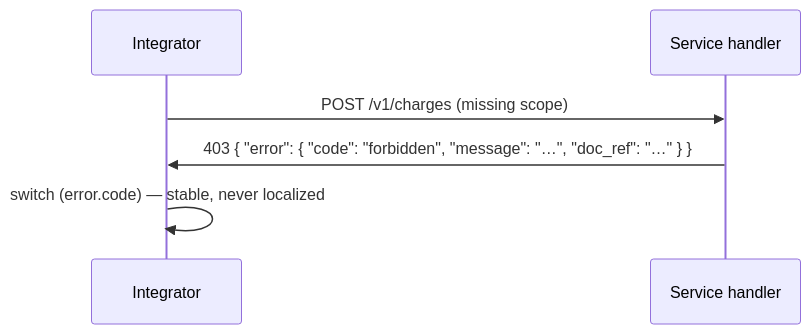
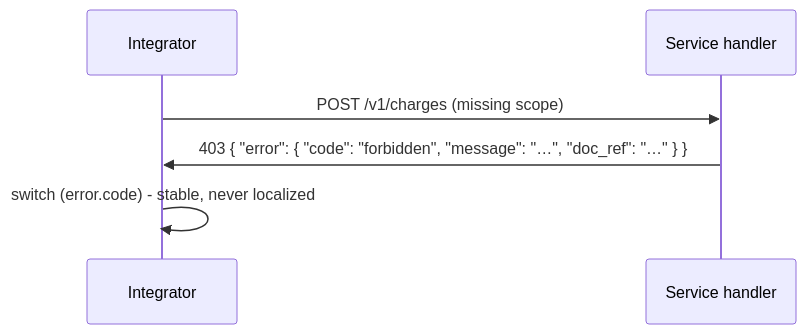
One commit to commerce8/bill8-sdk changed the third of 5 diagrams in crates/wire/contracts/DESIGN.md. Above: the diagram before and after it, drawn with Mermaid. The commit also changed other lines of this file and 37 other files, not shown here.

````diff
--- a/crates/wire/contracts/DESIGN.md
+++ b/crates/wire/contracts/DESIGN.md
@@ -69,8 +69,8 @@
 ```mermaid
 sequenceDiagram
     participant I as Integrator
     participant S as Service handler
     I->>S: POST /v1/charges (missing scope)
     S->>I: 403 { "error": { "code": "forbidden", "message": "…", "doc_ref": "…" } }
-    I->>I: switch (error.code) — stable, never localized
+    I->>I: switch (error.code) - stable, never localized
 ```
````
